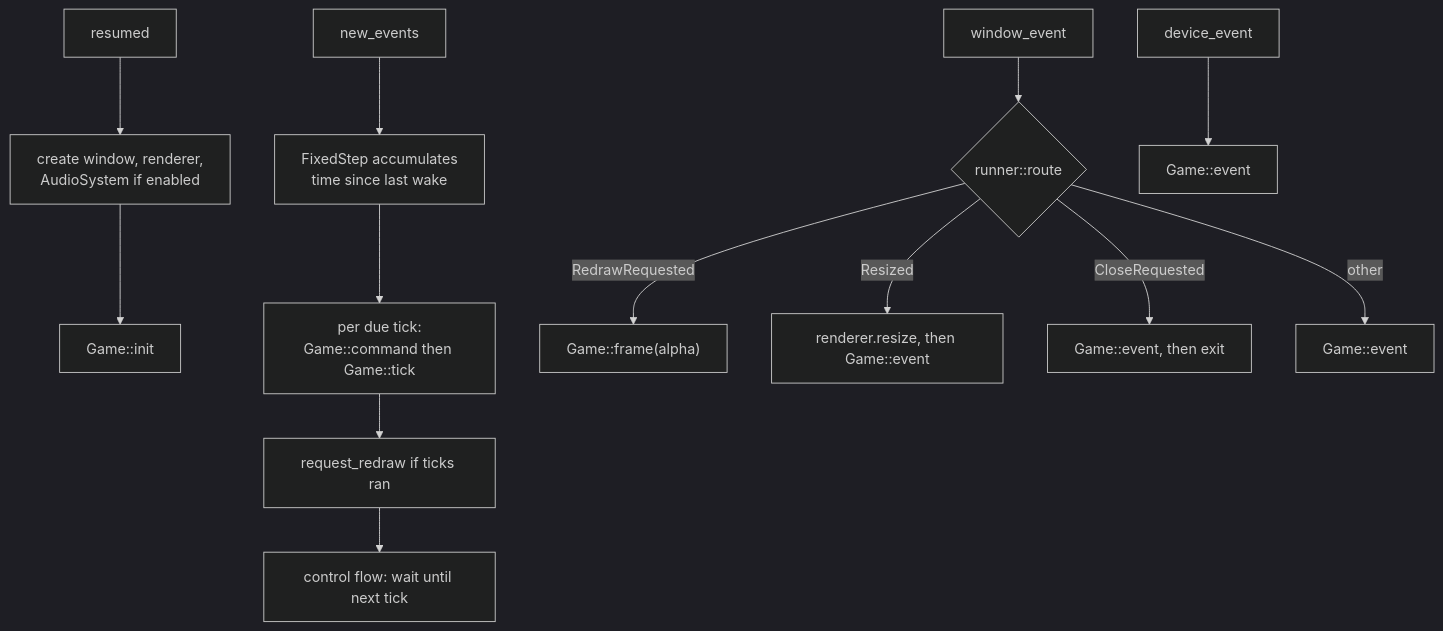
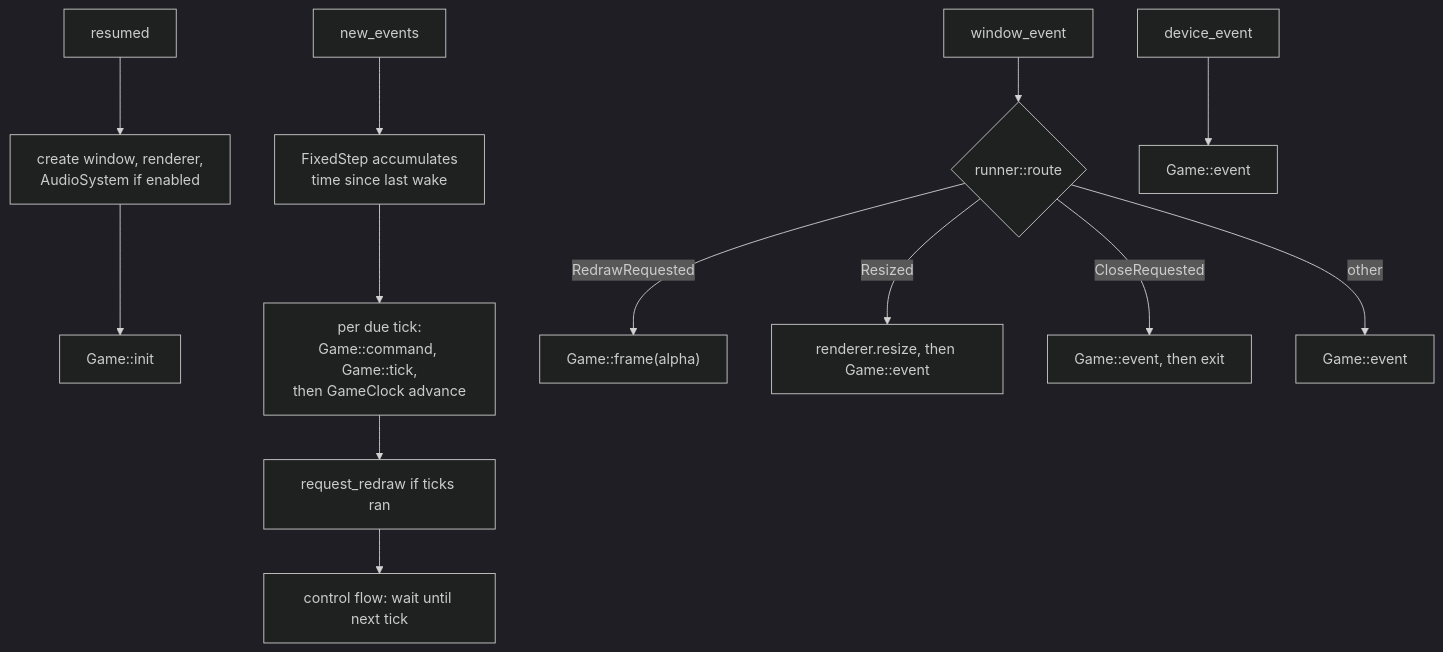
One commit to WrackedFella/moho changed the first of 2 diagrams in wiki/architecture/frame-loop.md. Above: the diagram before and after it, drawn with Mermaid (dark theme). The commit also changed other lines of this file and 17 other files, not shown here.

First line of the commit message:
feat(moho_app): in-game time advances only through the engine's tick (ENG-F11-03) (#256)

````diff
--- a/wiki/architecture/frame-loop.md
+++ b/wiki/architecture/frame-loop.md
@@ -14,17 +14,17 @@
 ```mermaid
 flowchart TD
     RES["resumed"] --> mk["create window, renderer,<br/>AudioSystem if enabled"] --> init["Game::init"]
 
     NE["new_events"] --> acc["FixedStep accumulates<br/>time since last wake"]
-    acc --> tk["per due tick:<br/>Game::command then Game::tick"]
+    acc --> tk["per due tick:<br/>Game::command, Game::tick,<br/>then GameClock advance"]
     tk --> rr["request_redraw if ticks ran"]
     rr --> cf["control flow: wait until next tick"]
 
     WE["window_event"] --> route{"runner::route"}
     route -- RedrawRequested --> fr["Game::frame(alpha)"]
     route -- Resized --> rs["renderer.resize, then Game::event"]
     route -- CloseRequested --> ev["Game::event, then exit"]
     route -- other --> ev2["Game::event"]
 
     DE["device_event"] --> ev3["Game::event"]
 ```
````
